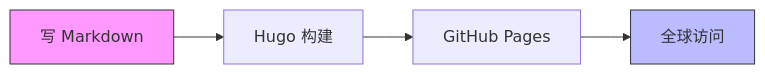
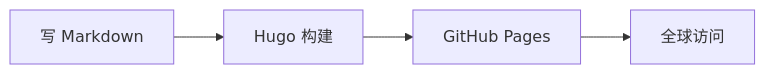
One commit to Sukkk-zcy/Sukkk-zcy.github.io changed the diagram in content/posts/hello-world.md. Above: the diagram before and after it, drawn with Mermaid. The commit also changed other lines of this file and 13 other files, not shown here.

````diff
--- a/content/posts/hello-world.md
+++ b/content/posts/hello-world.md
@@ -88,8 +40,6 @@
 ```mermaid
 graph LR
     A[写 Markdown] --> B[Hugo 构建]
     B --> C[GitHub Pages]
     C --> D[全球访问]
-    style A fill:#f9f,stroke:#333
-    style D fill:#bbf,stroke:#333
 ```
````
